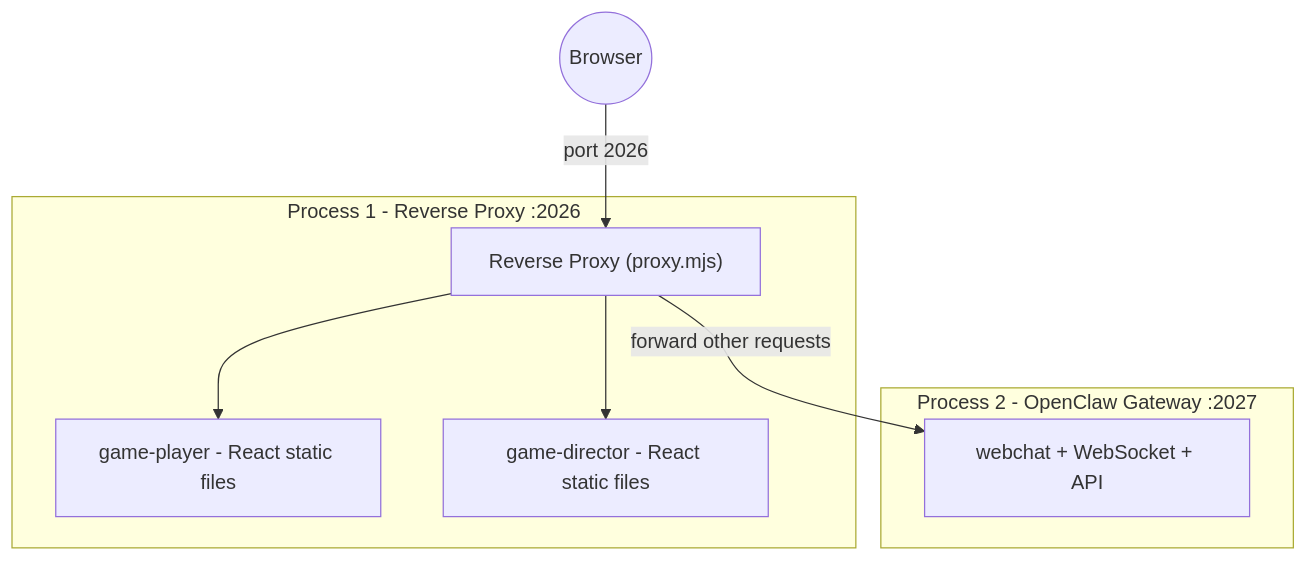
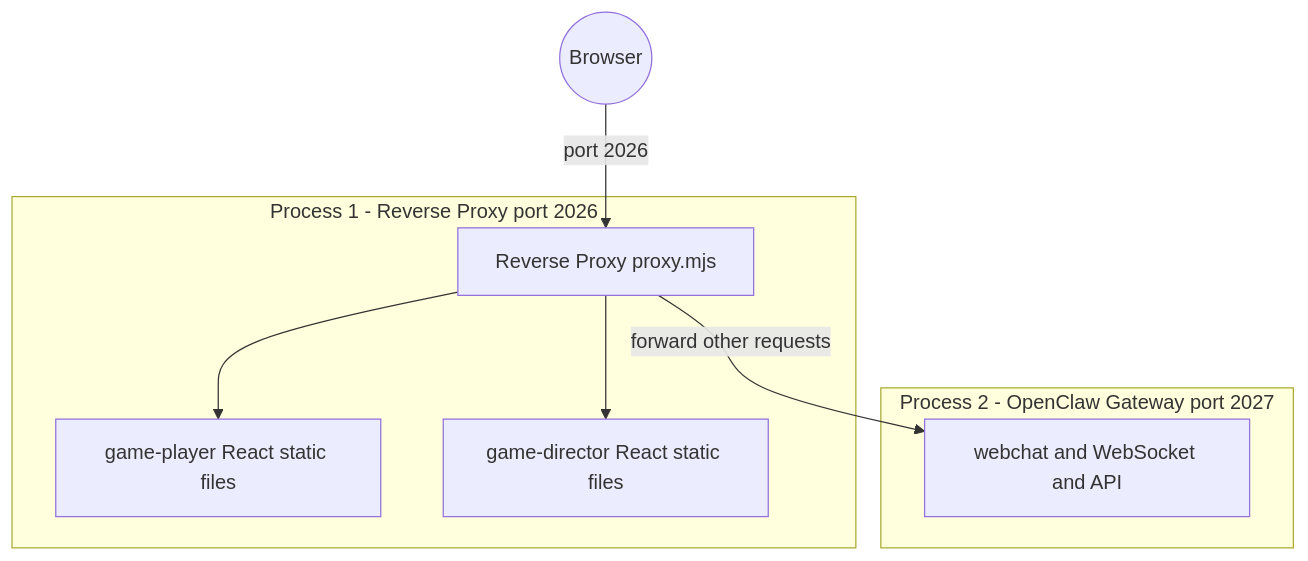
One commit to kandeng/openclaw-for-game changed the first of 2 diagrams in README.md. Above: the diagram before and after it, drawn with Mermaid. The commit also changed other lines of this file, not shown here.

Commit message:
fix: repair Mermaid diagrams for GitHub rendering

````diff
--- a/README.md
+++ b/README.md
@@ -76,17 +76,17 @@
 ```mermaid
 graph TB
-    subgraph P1["Process 1 - Reverse Proxy :2026"]
-        Proxy["Reverse Proxy (proxy.mjs)"]
-        SP["game-player - React static files"]
-        SD["game-director - React static files"]
+    subgraph P1[Process 1 - Reverse Proxy port 2026]
+        Proxy[Reverse Proxy proxy.mjs]
+        SP[game-player React static files]
+        SD[game-director React static files]
         Proxy --> SP
         Proxy --> SD
     end
 
-    subgraph P2["Process 2 - OpenClaw Gateway :2027"]
-        GW["webchat + WebSocket + API"]
+    subgraph P2[Process 2 - OpenClaw Gateway port 2027]
+        GW[webchat and WebSocket and API]
     end
 
-    Client((Browser)) -->|"port 2026"| Proxy
-    Proxy -->|"forward other requests"| GW
+    Client((Browser)) -->|port 2026| Proxy
+    Proxy -->|forward other requests| GW
 ```
````
